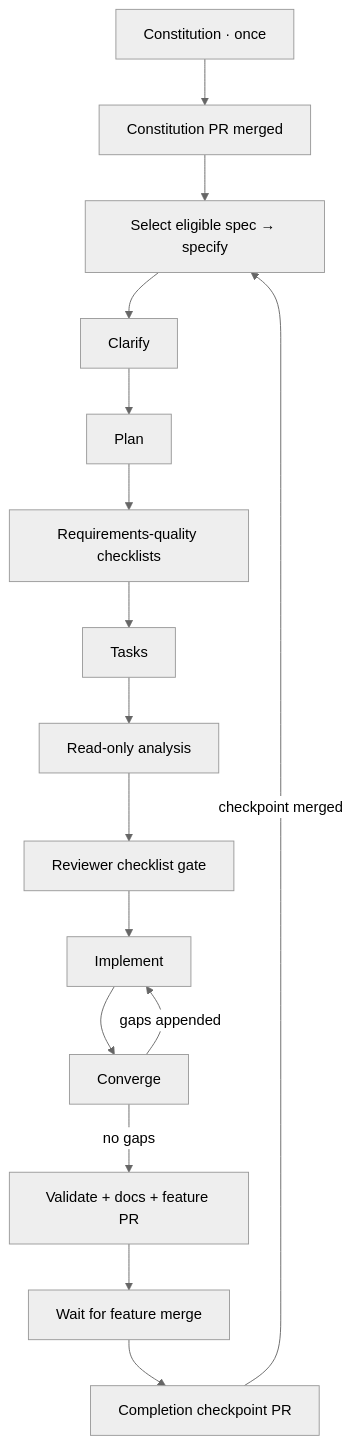
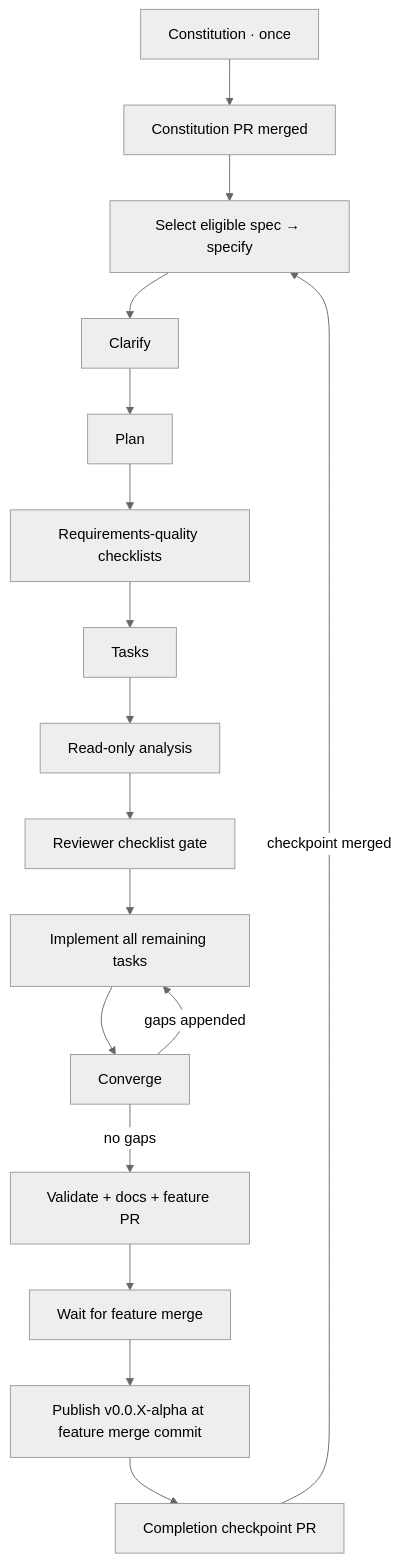
One commit to Stonefly-Labs/Hoard changed the second of 2 diagrams in docs/DEVELOPMENT.md. Above: the diagram before and after it, drawn with Mermaid (neutral theme). The commit also changed other lines of this file and 7 other files, not shown here.

First line of the commit message:
chore(speckit): complete implementation stages and gate alpha releases

````diff
--- a/docs/DEVELOPMENT.md
+++ b/docs/DEVELOPMENT.md
@@ -1482,18 +1482,19 @@
 ```mermaid
 flowchart TD
     Constitution["Constitution · once"] --> ConstitutionPR["Constitution PR merged"]
     ConstitutionPR --> Specify["Select eligible spec → specify"]
     Specify --> Clarify["Clarify"]
     Clarify --> Plan["Plan"]
     Plan --> Checklist["Requirements-quality checklists"]
     Checklist --> Tasks["Tasks"]
     Tasks --> Analyze["Read-only analysis"]
     Analyze --> Gate["Reviewer checklist gate"]
-    Gate --> Implement["Implement"]
+    Gate --> Implement["Implement all remaining tasks"]
     Implement --> Converge["Converge"]
     Converge -->|gaps appended| Implement
     Converge -->|no gaps| Finalize["Validate + docs + feature PR"]
     Finalize --> Merged["Wait for feature merge"]
-    Merged --> Progress["Completion checkpoint PR"]
+    Merged --> Release["Publish v0.0.X-alpha at feature merge commit"]
+    Release --> Progress["Completion checkpoint PR"]
     Progress -->|checkpoint merged| Specify
 ```
````
